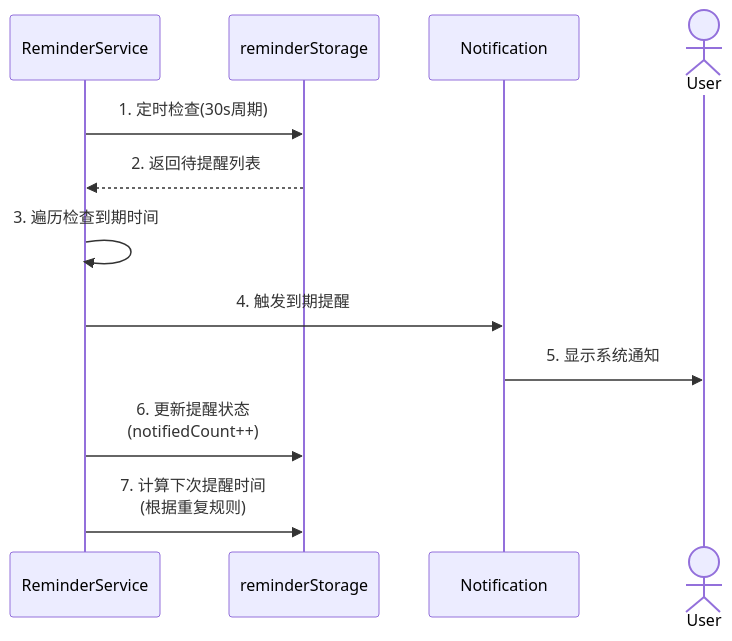
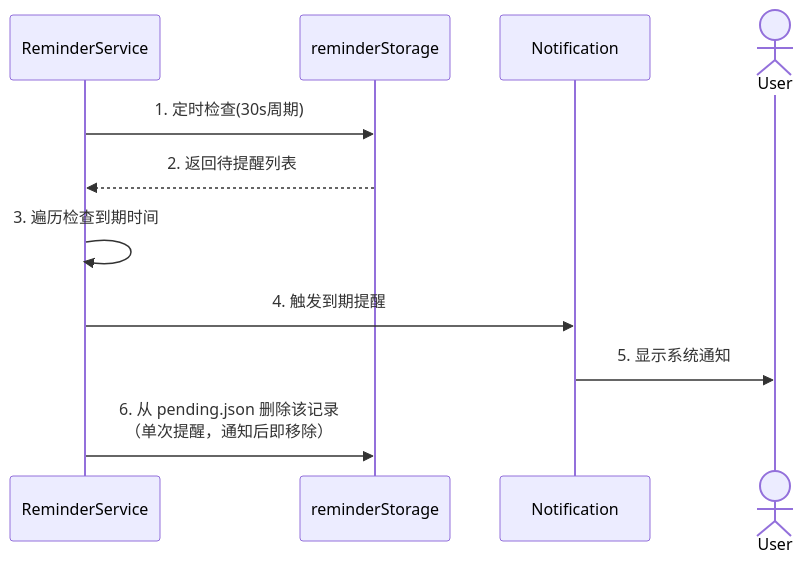
The second of 7 diagrams in docs/prd/reminder.md (MoonBottle/siyuan-plugin-bullet-journal), drawn with Mermaid before and after one commit. The commit also changed other lines of this file and 2 other files, not shown here.

````diff
--- a/docs/prd/reminder.md
+++ b/docs/prd/reminder.md
@@ -187,15 +209,14 @@
 ```mermaid
 sequenceDiagram
     participant RS as ReminderService
     participant ST as reminderStorage
     participant N as Notification
     actor U as User
 
     RS->>ST: 1. 定时检查(30s周期)
     ST-->>RS: 2. 返回待提醒列表
     RS->>RS: 3. 遍历检查到期时间
     RS->>N: 4. 触发到期提醒
     N->>U: 5. 显示系统通知
-    RS->>ST: 6. 更新提醒状态<br/>(notifiedCount++)
-    RS->>ST: 7. 计算下次提醒时间<br/>(根据重复规则)
+    RS->>ST: 6. 从 pending.json 删除该记录<br/>（单次提醒，通知后即移除）
 ```
````
